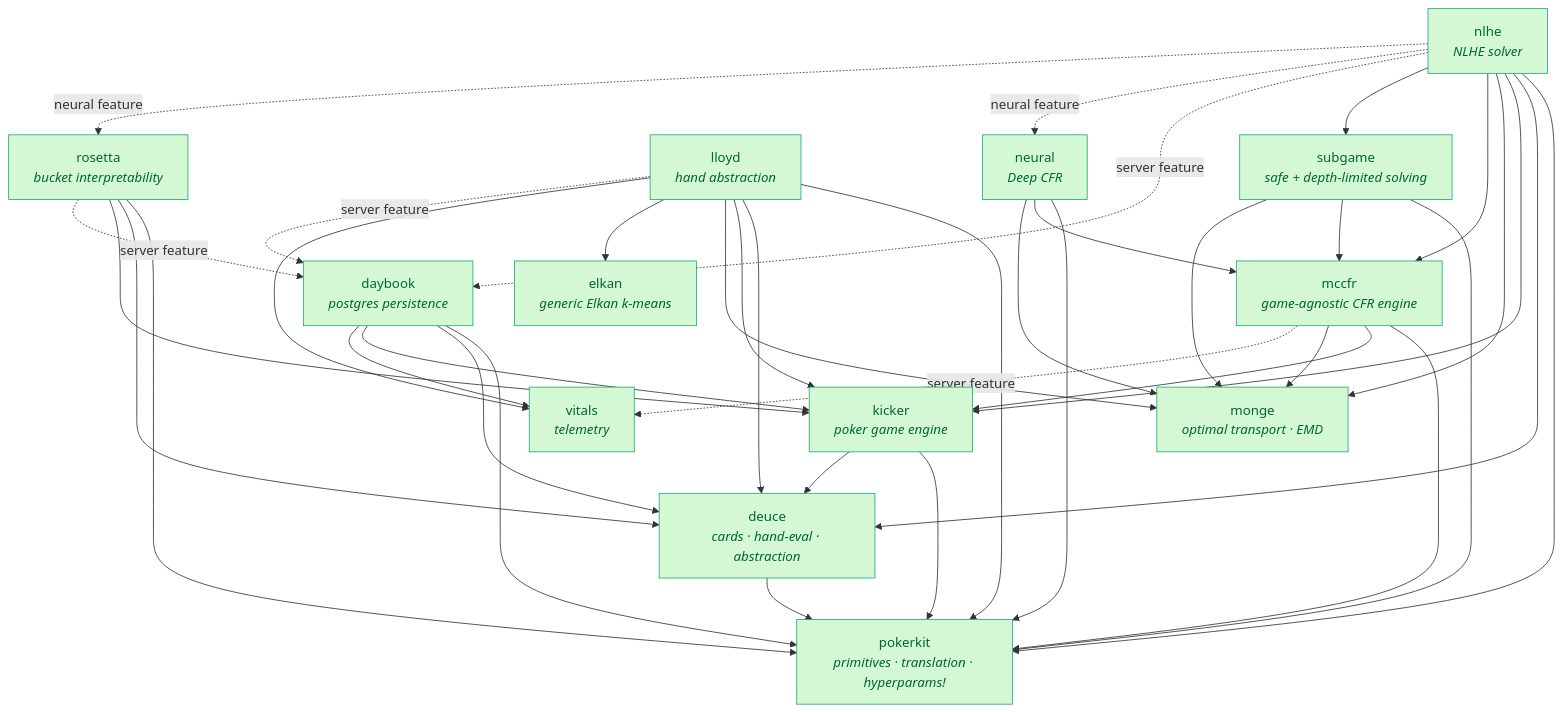
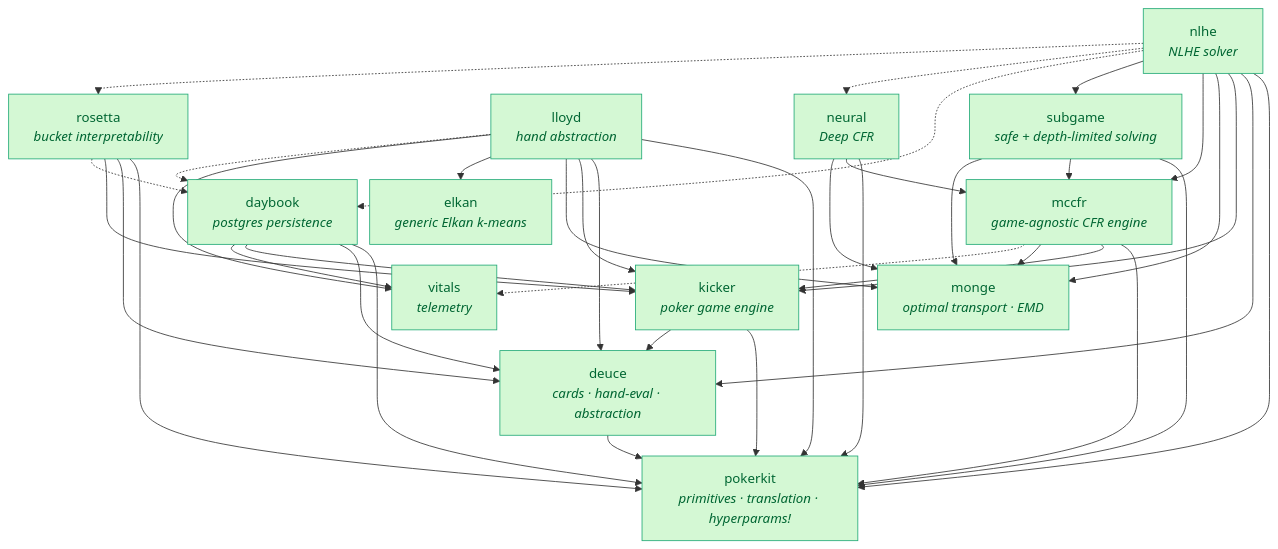
One commit to krukah/robopoker changed the second of 2 diagrams in README.md. Above: the diagram before and after it, drawn with Mermaid. The commit also changed other lines of this file and 21 other files, not shown here.

First line of the commit message:
docs: trim the README to one figure and two evaluations (#70)

````diff
--- a/README.md
+++ b/README.md
@@ -231,57 +126,58 @@
 ```mermaid
+%%{init: {"flowchart": {"nodeSpacing": 15, "rankSpacing": 25}}}%%
 graph TD
   classDef pub fill:#d4f8d4,stroke:#2a7,color:#063
   pokerkit["pokerkit<br/><i>primitives · translation · hyperparams!</i>"]
   deuce["deuce<br/><i>cards · hand-eval · abstraction</i>"]
   monge["monge<br/><i>optimal transport · EMD</i>"]
   kicker["kicker<br/><i>poker game engine</i>"]
   mccfr["mccfr<br/><i>game-agnostic CFR engine</i>"]
   subgame["subgame<br/><i>safe + depth-limited solving</i>"]
   elkan["elkan<br/><i>generic Elkan k-means</i>"]
   vitals["vitals<br/><i>telemetry</i>"]
   daybook["daybook<br/><i>postgres persistence</i>"]
   lloyd["lloyd<br/><i>hand abstraction</i>"]
   nlhe["nlhe<br/><i>NLHE solver</i>"]
   neural["neural<br/><i>Deep CFR</i>"]
   rosetta["rosetta<br/><i>bucket interpretability</i>"]
 
   deuce --> pokerkit
   kicker --> pokerkit
   kicker --> deuce
   mccfr --> pokerkit
   mccfr --> kicker
   mccfr --> monge
-  mccfr -.->|"server feature"| vitals
+  mccfr -.-> vitals
   subgame --> pokerkit
   subgame --> mccfr
   subgame --> monge
   daybook --> pokerkit
   daybook --> deuce
   daybook --> kicker
   daybook --> vitals
   lloyd --> pokerkit
   lloyd --> deuce
   lloyd --> kicker
   lloyd --> monge
   lloyd --> elkan
   lloyd --> vitals
   nlhe --> pokerkit
   nlhe --> deuce
   nlhe --> kicker
   nlhe --> monge
   nlhe --> mccfr
   nlhe --> subgame
   neural --> pokerkit
   neural --> mccfr
   neural --> monge
-  nlhe -.->|"server feature"| daybook
+  nlhe -.-> daybook
   rosetta --> pokerkit
   rosetta --> deuce
   rosetta --> kicker
-  nlhe -.->|"neural feature"| neural
-  nlhe -.->|"neural feature"| rosetta
-  rosetta -.->|"server feature"| daybook
-  lloyd -.->|"server feature"| daybook
+  nlhe -.-> neural
+  nlhe -.-> rosetta
+  rosetta -.-> daybook
+  lloyd -.-> daybook
 
   class pokerkit,deuce,monge,kicker,mccfr,subgame,elkan,vitals,daybook,nlhe,lloyd,neural,rosetta pub
 ```
````
